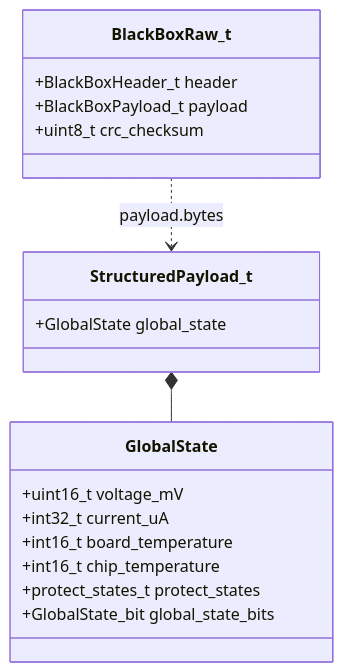
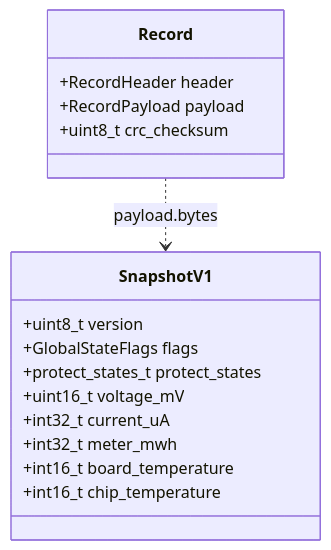
One commit to qingmeijiupiao/Wireless_power_meter_lite changed the second of 2 diagrams in components/app/blackbox_structured/README.md. Above: the diagram before and after it, drawn with Mermaid. The commit also changed other lines of this file and 26 other files, not shown here.

````diff
--- a/components/app/blackbox_structured/README.md
+++ b/components/app/blackbox_structured/README.md
@@ -22,21 +23,19 @@
 ```mermaid
 classDiagram
-    class StructuredPayload_t {
-        +GlobalState global_state
-    }
-    class GlobalState {
+    class SnapshotV1 {
+        +uint8_t version
+        +GlobalStateFlags flags
+        +protect_states_t protect_states
         +uint16_t voltage_mV
         +int32_t current_uA
+        +int32_t meter_mwh
         +int16_t board_temperature
         +int16_t chip_temperature
-        +protect_states_t protect_states
-        +GlobalState_bit global_state_bits
     }
-    class BlackBoxRaw_t {
-        +BlackBoxHeader_t header
-        +BlackBoxPayload_t payload
+    class Record {
+        +RecordHeader header
+        +RecordPayload payload
         +uint8_t crc_checksum
     }
-    StructuredPayload_t *-- GlobalState
-    BlackBoxRaw_t ..> StructuredPayload_t : payload.bytes
+    Record ..> SnapshotV1 : payload.bytes
 ```
````
